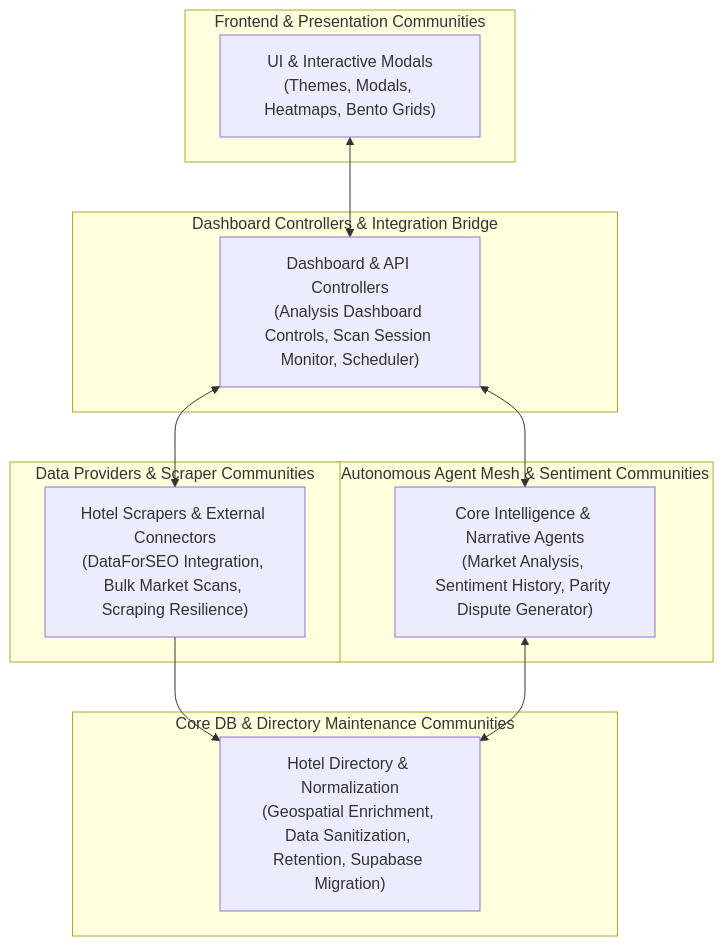
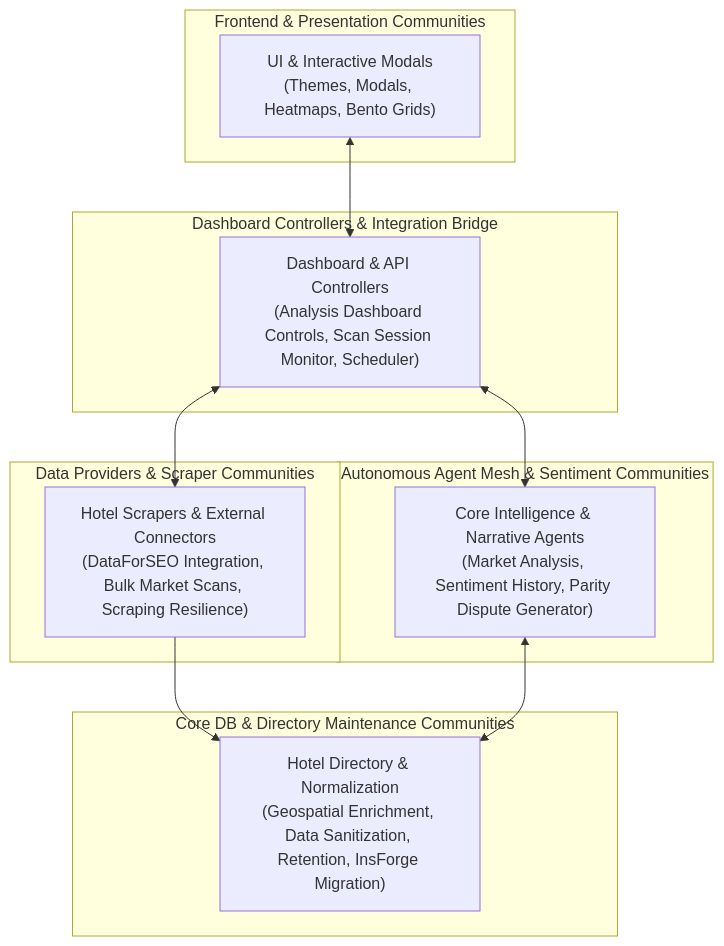
One commit to tripzydevops/hotel changed the second of 2 diagrams in ARCHITECTURE.md. Above: the diagram before and after it, drawn with Mermaid. The commit also changed other lines of this file and 14 other files, not shown here.

````diff
--- a/ARCHITECTURE.md
+++ b/ARCHITECTURE.md
@@ -91,28 +93,28 @@
 ```mermaid
 graph TD
     subgraph Frontend["Frontend & Presentation Communities"]
         UI["UI & Interactive Modals<br>(Themes, Modals, Heatmaps, Bento Grids)"]
     end
 
     subgraph Controllers["Dashboard Controllers & Integration Bridge"]
         DC["Dashboard & API Controllers<br>(Analysis Dashboard Controls, Scan Session Monitor, Scheduler)"]
     end
 
     subgraph Providers["Data Providers & Scraper Communities"]
         Scrapers["Hotel Scrapers & External Connectors<br>(DataForSEO Integration, Bulk Market Scans, Scraping Resilience)"]
     end
 
     subgraph AI["Autonomous Agent Mesh & Sentiment Communities"]
         Agents["Core Intelligence & Narrative Agents<br>(Market Analysis, Sentiment History, Parity Dispute Generator)"]
     end
 
     subgraph Directory["Core DB & Directory Maintenance Communities"]
-        DS["Hotel Directory & Normalization<br>(Geospatial Enrichment, Data Sanitization, Retention, Supabase Migration)"]
+        DS["Hotel Directory & Normalization<br>(Geospatial Enrichment, Data Sanitization, Retention, InsForge Migration)"]
     end
 
     UI <--> DC
     DC <--> Scrapers
     DC <--> Agents
     Scrapers --> DS
     Agents <--> DS
 ```
````
